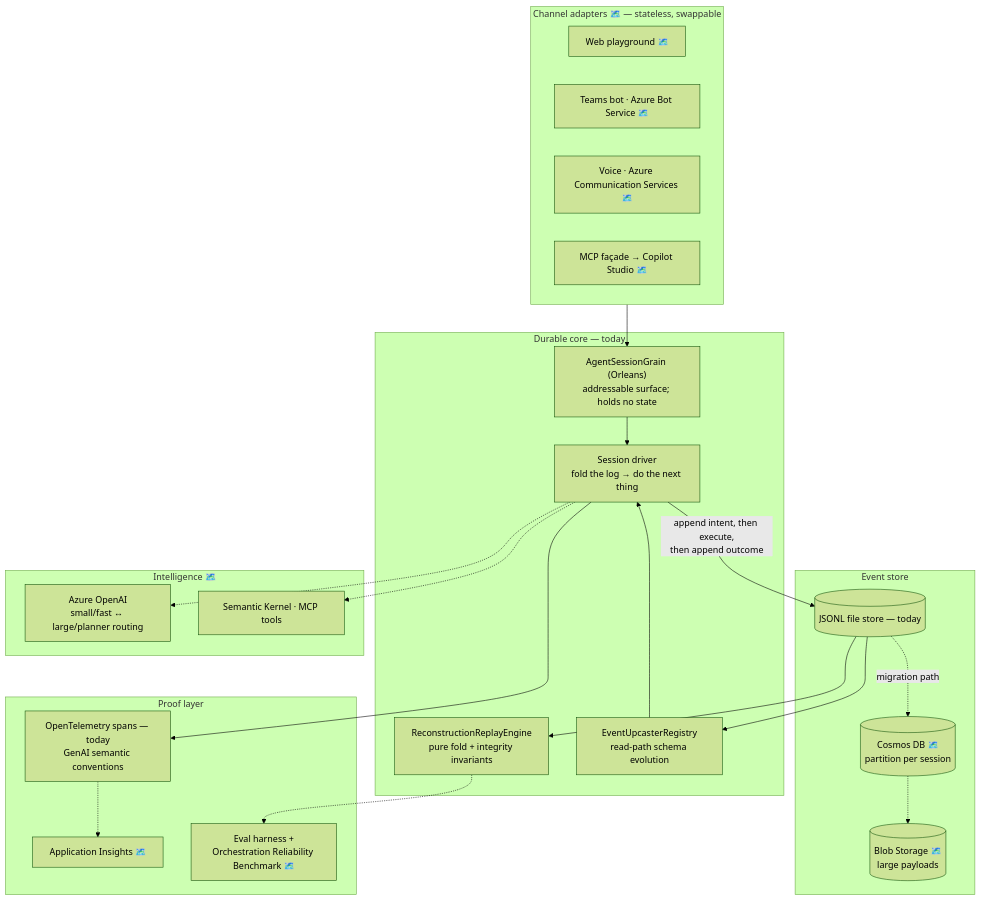
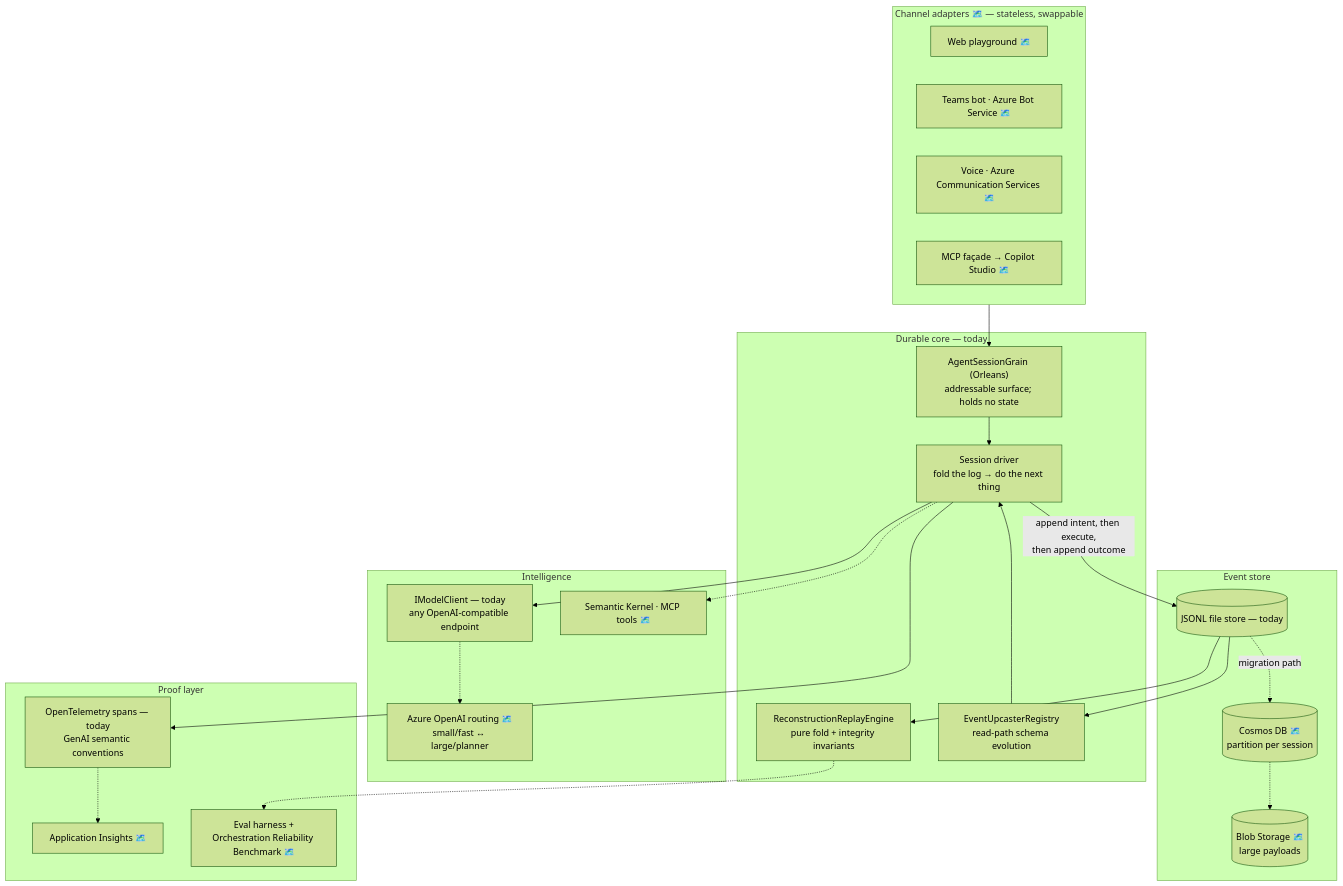
The diagram in docs/architecture.md (parammadan/aurelia), drawn with Mermaid (forest theme) before and after one commit. The commit also changed 1 other file, not shown here.

Commit message:
docs: durable model calls

````diff
--- a/docs/architecture.md
+++ b/docs/architecture.md
@@ -7,46 +7,48 @@
 ```mermaid
 flowchart TD
     subgraph CH["Channel adapters 🗺️ — stateless, swappable"]
         WEB["Web playground 🗺️"]
         TEAMS["Teams bot · Azure Bot Service 🗺️"]
         VOICE["Voice · Azure Communication Services 🗺️"]
         MCPF["MCP façade → Copilot Studio 🗺️"]
     end
 
     subgraph CORE["Durable core — today"]
         GRAIN["AgentSessionGrain (Orleans)<br/>addressable surface; holds no state"]
         DRIVER["Session driver<br/>fold the log → do the next thing"]
         REPLAY["ReconstructionReplayEngine<br/>pure fold + integrity invariants"]
         UPCAST["EventUpcasterRegistry<br/>read-path schema evolution"]
     end
 
     subgraph STORE["Event store"]
         FILE[("JSONL file store — today")]
         COSMOS[("Cosmos DB 🗺️<br/>partition per session")]
         BLOB[("Blob Storage 🗺️<br/>large payloads")]
     end
 
-    subgraph INTEL["Intelligence 🗺️"]
-        AOAI["Azure OpenAI<br/>small/fast ↔ large/planner routing"]
-        SKMCP["Semantic Kernel · MCP tools"]
+    subgraph INTEL["Intelligence"]
+        MODEL["IModelClient — today<br/>any OpenAI-compatible endpoint"]
+        AOAI["Azure OpenAI routing 🗺️<br/>small/fast ↔ large/planner"]
+        SKMCP["Semantic Kernel · MCP tools 🗺️"]
     end
 
     subgraph PROOF["Proof layer"]
         OTELN["OpenTelemetry spans — today<br/>GenAI semantic conventions"]
         APPIN["Application Insights 🗺️"]
         EVAL["Eval harness +<br/>Orchestration Reliability Benchmark 🗺️"]
     end
 
     CH --> GRAIN
     GRAIN --> DRIVER
     DRIVER -->|"append intent, then execute,<br/>then append outcome"| FILE
     FILE --> UPCAST --> DRIVER
     FILE --> REPLAY
     DRIVER --> OTELN
-    DRIVER -.-> AOAI
+    DRIVER --> MODEL
+    MODEL -.-> AOAI
     DRIVER -.-> SKMCP
     FILE -.->|migration path| COSMOS
     COSMOS -.-> BLOB
     OTELN -.-> APPIN
     REPLAY -.-> EVAL
 ```
````
